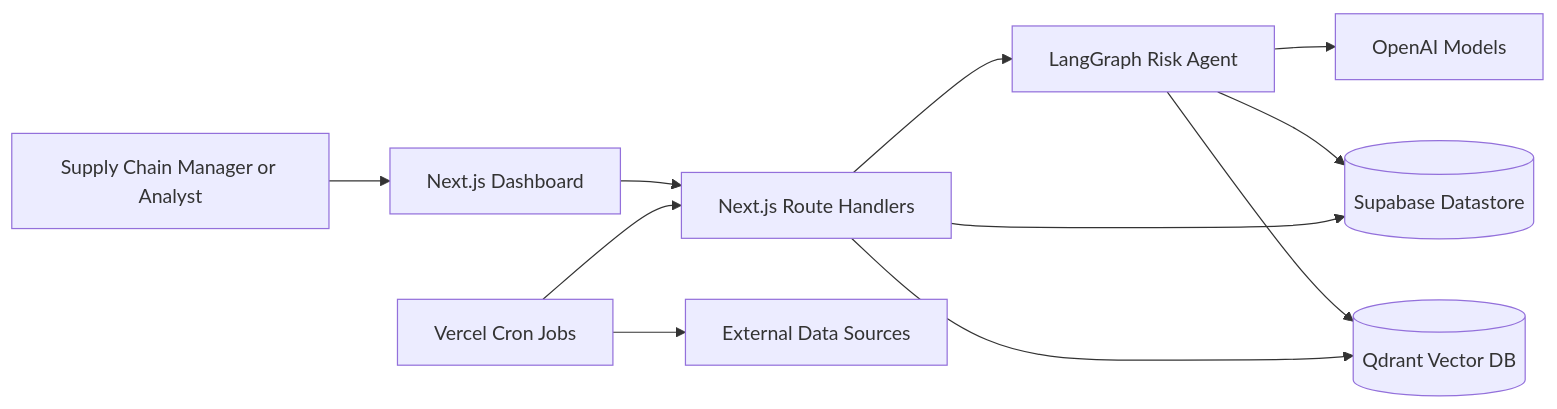
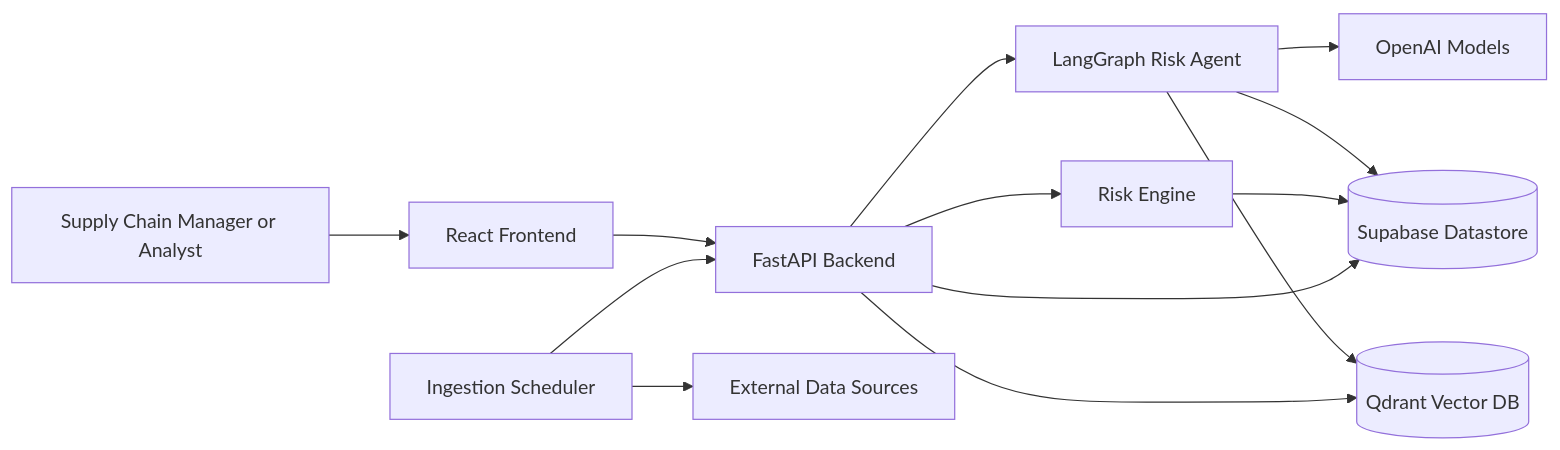
Before and after one commit to shima-maleki/SupplyChainOracle: the first of 9 diagrams in docs/architecture.md, drawn with Mermaid. The commit also changed other lines of this file and 2 other files, not shown here.

Commit message:
adding updated PRD and architecture

````diff
--- a/docs/architecture.md
+++ b/docs/architecture.md
@@ -17,24 +17,27 @@
 ```mermaid
 flowchart LR
     User[Supply Chain Manager or Analyst]
-    Frontend[Next.js Dashboard]
-    API[Next.js Route Handlers]
+    Frontend[React Frontend]
+    API[FastAPI Backend]
     Agent[LangGraph Risk Agent]
+    RiskEngine[Risk Engine]
+    Ingestion[Ingestion Scheduler]
     OpenAI[OpenAI Models]
     Supabase[(Supabase Datastore)]
     Qdrant[(Qdrant Vector DB)]
     External[External Data Sources]
-    Cron[Vercel Cron Jobs]
 
     User --> Frontend
     Frontend --> API
     API --> Agent
+    API --> RiskEngine
     Agent --> OpenAI
     Agent --> Supabase
     Agent --> Qdrant
+    RiskEngine --> Supabase
 
-    Cron --> External
-    Cron --> API
+    Ingestion --> External
+    Ingestion --> API
     API --> Supabase
     API --> Qdrant
 ```
````
